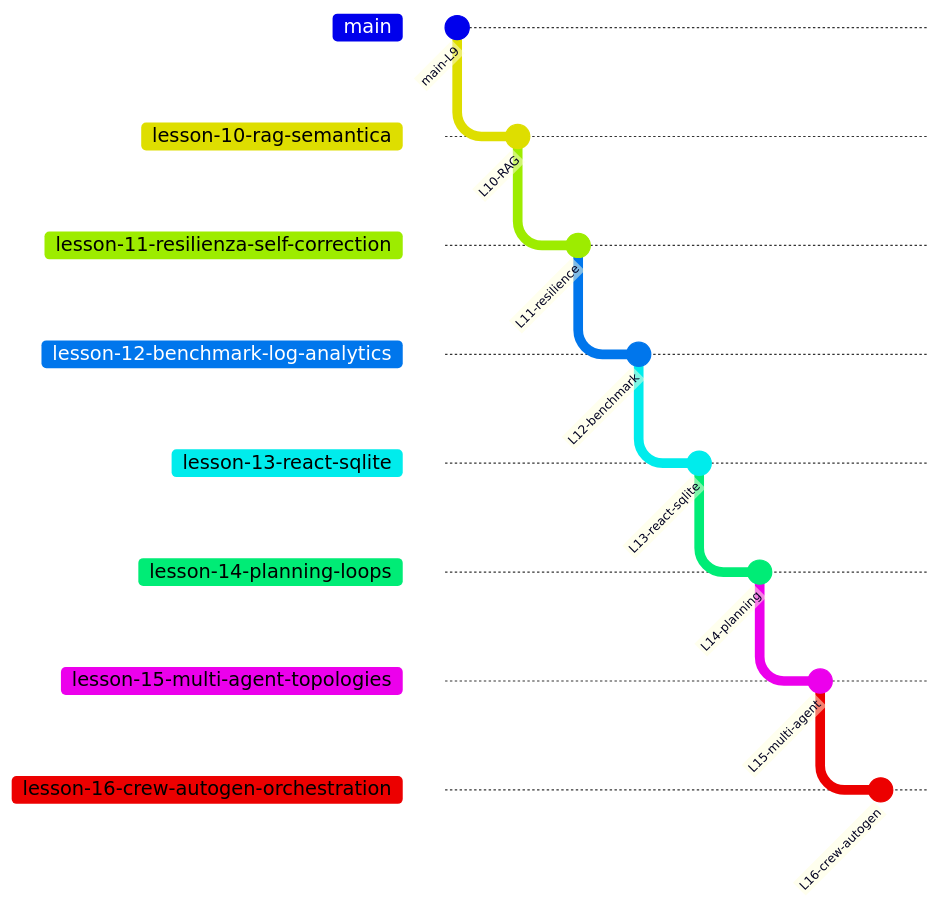
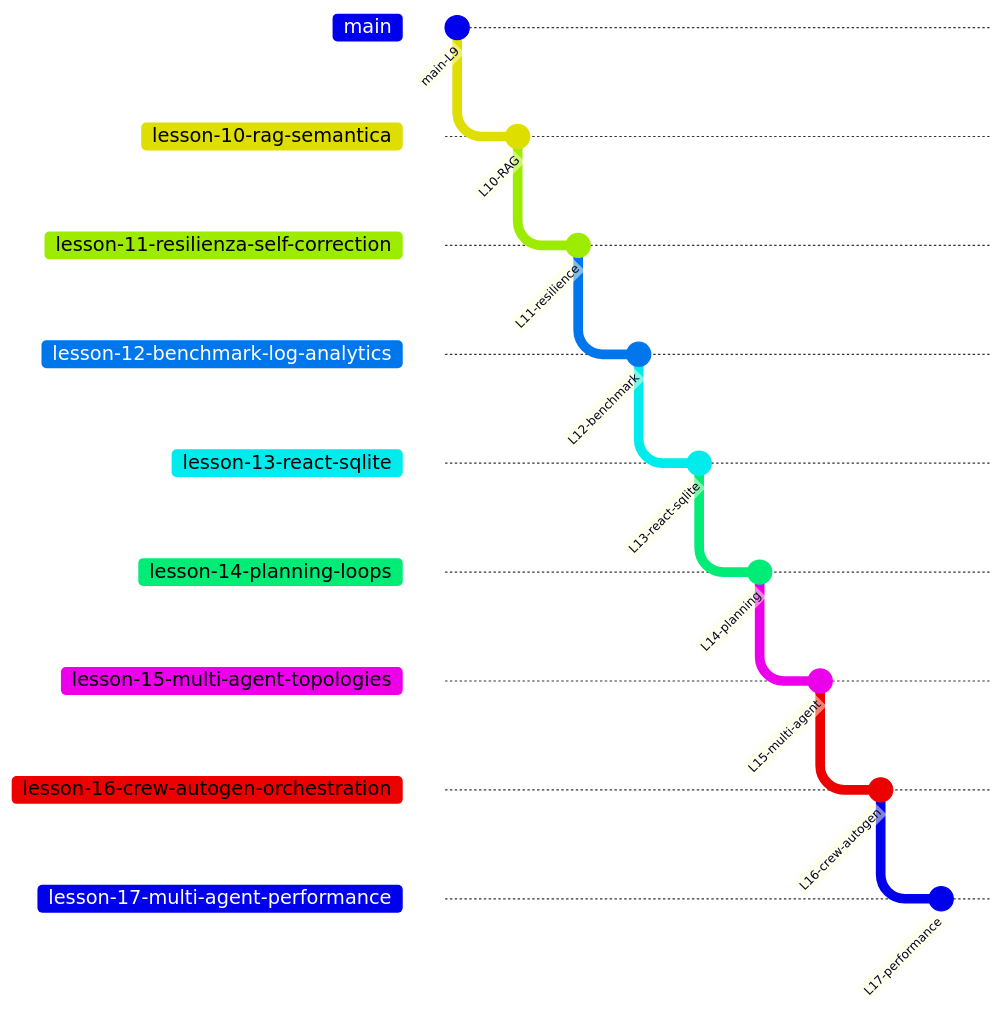
One commit to Impesud/agentic-triage-system changed the diagram in docs/CORSO_LEZIONI.md. Above: the diagram before and after it, drawn with Mermaid. The commit also changed other lines of this file and 34 other files, not shown here.

First line of the commit message:
feat(lesson-17): pruning, cache pipeline e demo performance L15-L17

````diff
--- a/docs/CORSO_LEZIONI.md
+++ b/docs/CORSO_LEZIONI.md
@@ -19,25 +20,28 @@
 ```mermaid
 gitGraph
   commit id: "main-L9"
   branch lesson-10-rag-semantica
   checkout lesson-10-rag-semantica
   commit id: "L10-RAG"
   branch lesson-11-resilienza-self-correction
   checkout lesson-11-resilienza-self-correction
   commit id: "L11-resilience"
   branch lesson-12-benchmark-log-analytics
   checkout lesson-12-benchmark-log-analytics
   commit id: "L12-benchmark"
   branch lesson-13-react-sqlite
   checkout lesson-13-react-sqlite
   commit id: "L13-react-sqlite"
   branch lesson-14-planning-loops
   checkout lesson-14-planning-loops
   commit id: "L14-planning"
   branch lesson-15-multi-agent-topologies
   checkout lesson-15-multi-agent-topologies
   commit id: "L15-multi-agent"
   branch lesson-16-crew-autogen-orchestration
   checkout lesson-16-crew-autogen-orchestration
   commit id: "L16-crew-autogen"
+  branch lesson-17-multi-agent-performance
+  checkout lesson-17-multi-agent-performance
+  commit id: "L17-performance"
 ```
````
